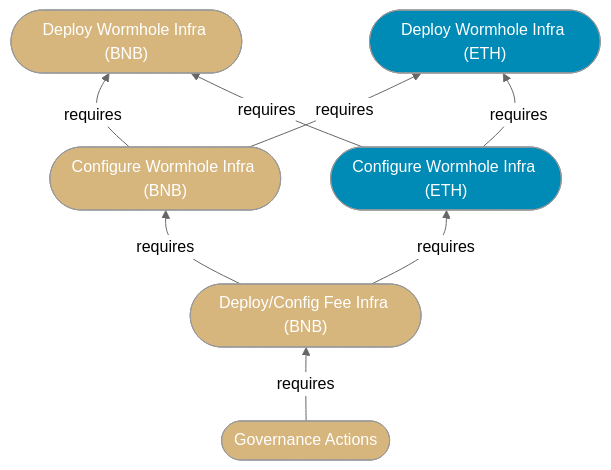
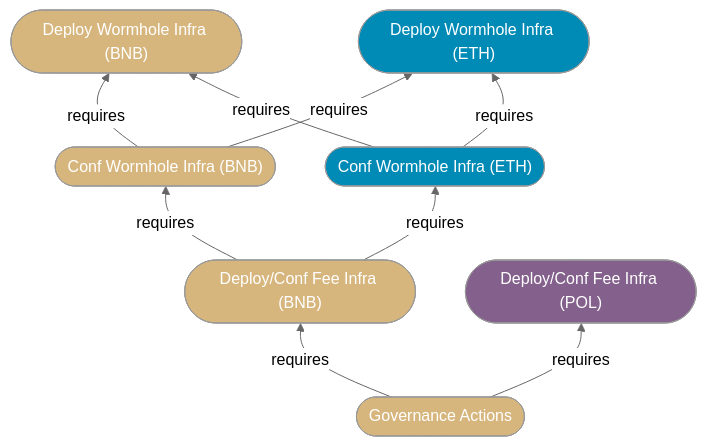
The first of 7 diagrams in script/proposal-4/Index.md (Uniswap/protocol-fees), drawn with Mermaid (neutral theme) before and after one commit. The commit also changed other lines of this file and 5 other files, not shown here.

````diff
--- a/script/proposal-4/Index.md
+++ b/script/proposal-4/Index.md
@@ -74,20 +73,23 @@
 ```mermaid
 flowchart BT
     DWIB(["Deploy Wormhole Infra (BNB)"]):::on_bnb
     DWIE(["Deploy Wormhole Infra (ETH)"]):::on_eth
-    CWIB(["Configure Wormhole Infra (BNB)"]):::on_bnb
-    CWIE(["Configure Wormhole Infra (ETH)"]):::on_eth
-    DCFIB(["Deploy/Config Fee Infra (BNB)"]):::on_bnb
+    CWIB(["Conf Wormhole Infra (BNB)"]):::on_bnb
+    CWIE(["Conf Wormhole Infra (ETH)"]):::on_eth
+    DCFIB(["Deploy/Conf Fee Infra (BNB)"]):::on_bnb
+    DCFIP(["Deploy/Conf Fee Infra (POL)"]):::on_pol
     GA(["Governance Actions"]):::on_bnb
 
-    GA   -->|requires| DCFIB
-    DCFIB -->|requires| CWIB
-    DCFIB -->|requires| CWIE
-    CWIB -->|requires| DWIB
-    CWIB -->|requires| DWIE
-    CWIE -->|requires| DWIB
-    CWIE -->|requires| DWIE
+    GA      -->|requires| DCFIB
+    GA      -->|requires| DCFIP
+    DCFIB   -->|requires| CWIB
+    DCFIB   -->|requires| CWIE
+    CWIB    -->|requires| DWIB
+    CWIB    -->|requires| DWIE
+    CWIE    -->|requires| DWIB
+    CWIE    -->|requires| DWIE
 
     classDef on_bnb fill:#d7b67e,color:#fff
     classDef on_eth fill:#008ab6,color:#fff
+    classDef on_pol fill:#84608c,color:#fff
 ```
````
